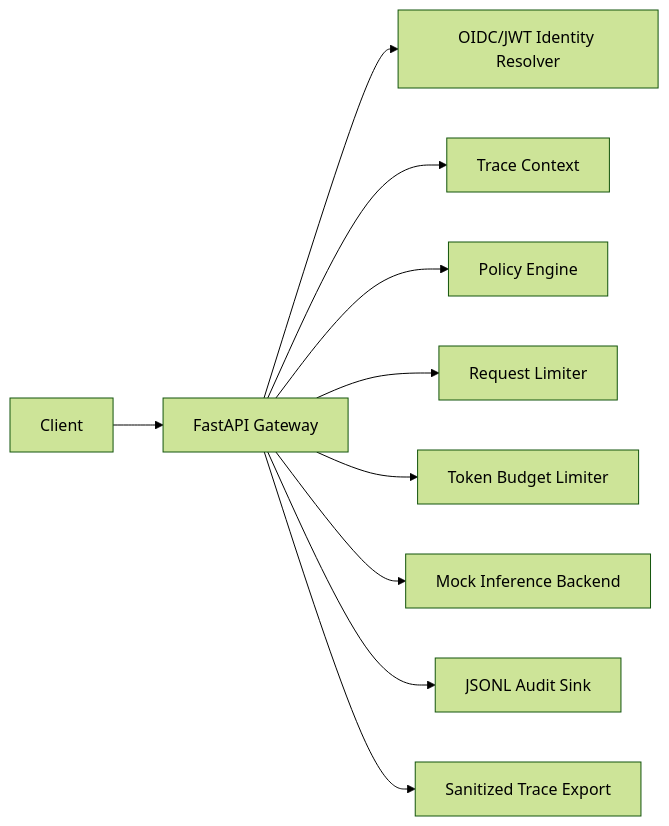
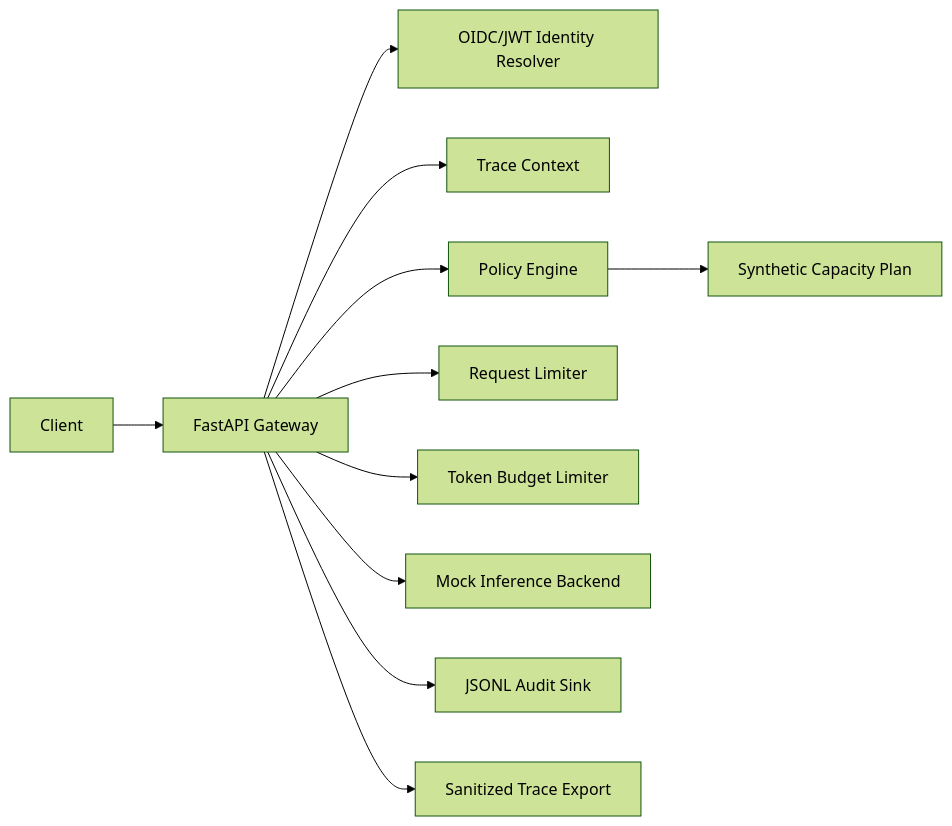
The diagram in ARCHITECTURE.md (WaffleBits/secure-gpu-inference-gateway), drawn with Mermaid (forest theme) before and after one commit. The commit also changed other lines of this file and 7 other files, not shown here.

````diff
--- a/ARCHITECTURE.md
+++ b/ARCHITECTURE.md
@@ -3,12 +3,13 @@
 ```mermaid
 flowchart LR
     Client["Client"] --> API["FastAPI Gateway"]
     API --> Identity["OIDC/JWT Identity Resolver"]
     API --> Trace["Trace Context"]
     API --> Policy["Policy Engine"]
     API --> Limiter["Request Limiter"]
     API --> TokenBudget["Token Budget Limiter"]
     API --> Model["Mock Inference Backend"]
     API --> Audit["JSONL Audit Sink"]
     API --> TraceExport["Sanitized Trace Export"]
+    Policy --> Capacity["Synthetic Capacity Plan"]
 ```
````
